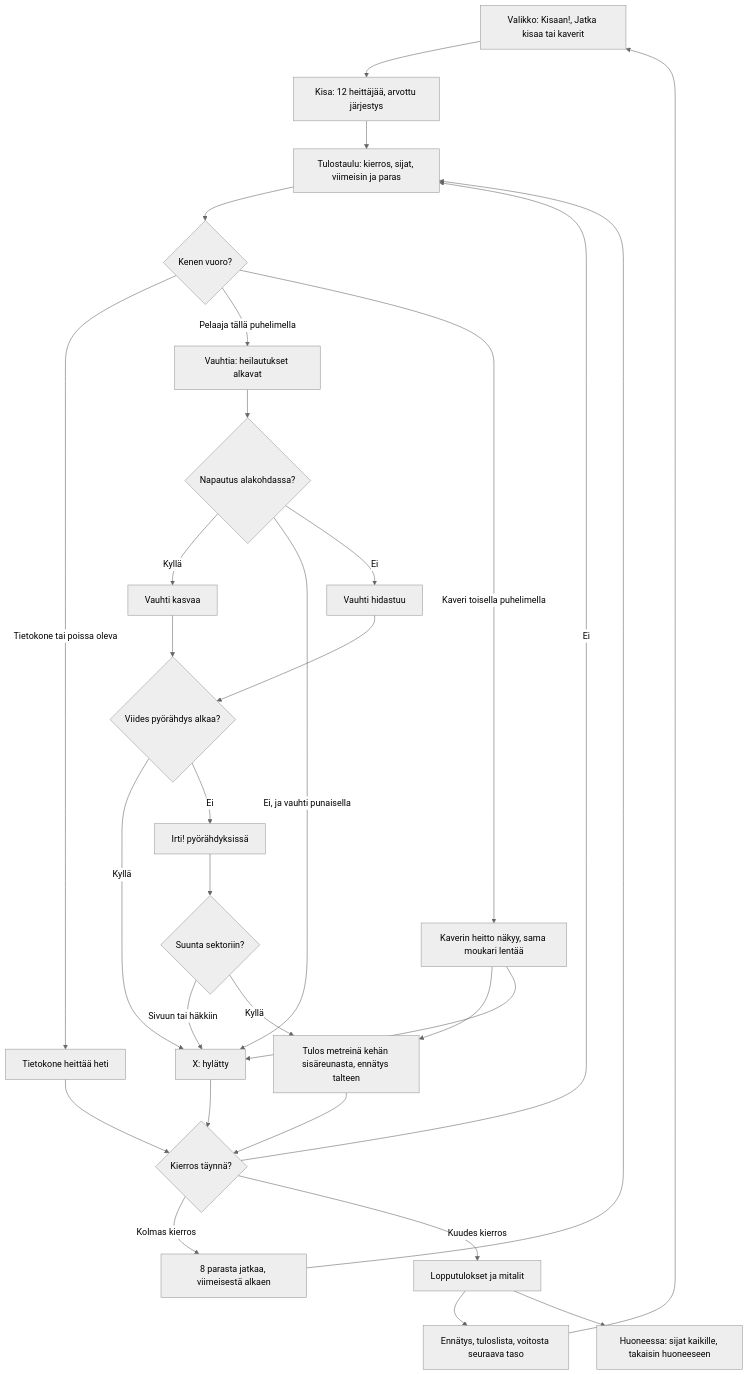
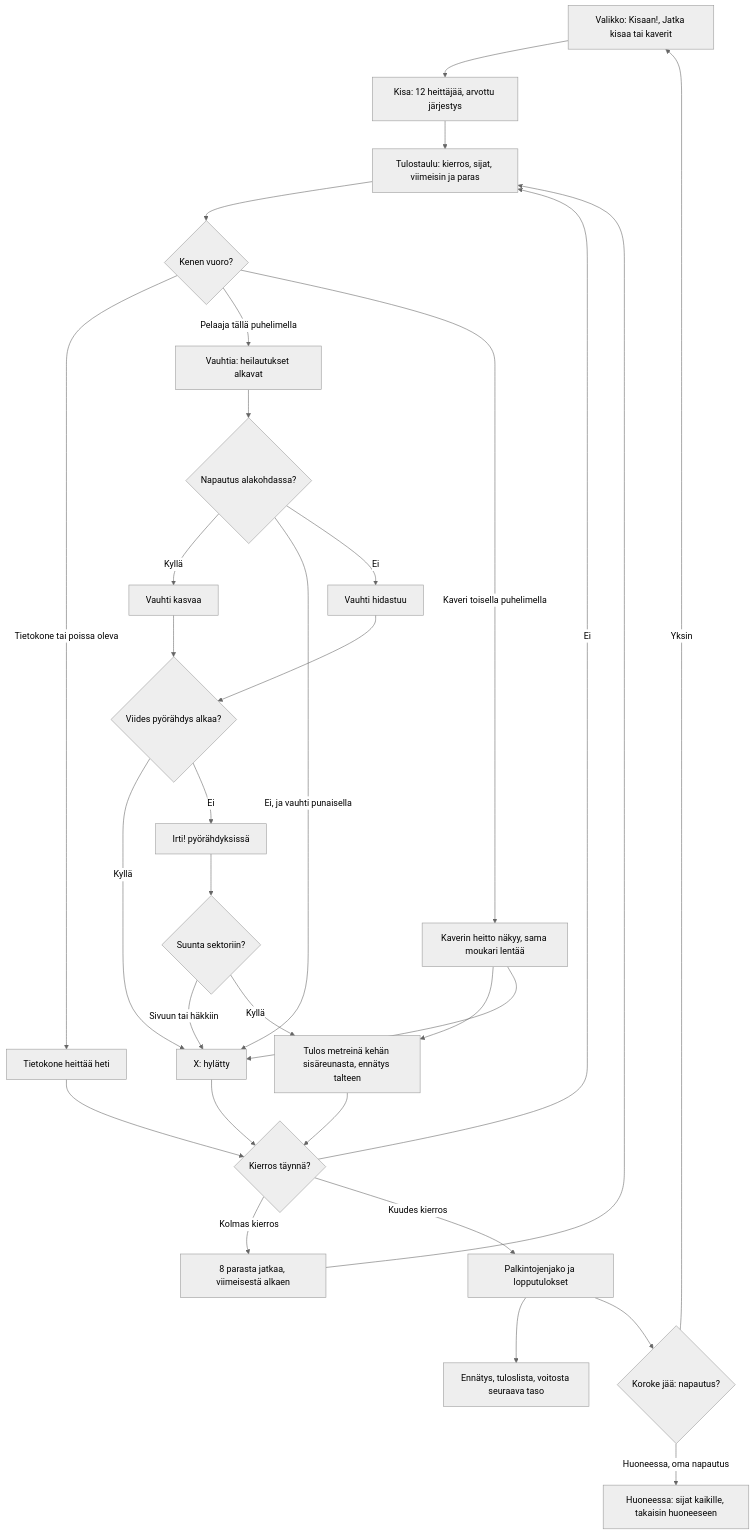
One commit to eerovil/ai-pelit changed the diagram in docs/diagrams/moukarinheitto.md. Above: the diagram before and after it, drawn with Mermaid (neutral theme). The commit also changed other lines of this file and 3 other files, not shown here.

````diff
--- a/docs/diagrams/moukarinheitto.md
+++ b/docs/diagrams/moukarinheitto.md
@@ -12,38 +12,39 @@
 ```mermaid
 flowchart TD
   M[Valikko: Kisaan!, Jatka kisaa tai kaverit] --> K[Kisa: 12 heittäjää, arvottu järjestys]
   K --> T[Tulostaulu: kierros, sijat, viimeisin ja paras]
   T --> Q{Kenen vuoro?}
   Q -- Tietokone tai poissa oleva --> CPU[Tietokone heittää heti]
   CPU --> NX
   Q -- Pelaaja tällä puhelimella --> S[Vauhtia: heilautukset alkavat]
   Q -- Kaveri toisella puhelimella --> WT[Kaverin heitto näkyy, sama moukari lentää]
   S --> LP{Napautus alakohdassa?}
   LP -- Kyllä --> UP[Vauhti kasvaa]
   LP -- Ei, ja vauhti punaisella --> X[X: hylätty]
   LP -- Ei --> DN[Vauhti hidastuu]
   UP --> N5{Viides pyörähdys alkaa?}
   DN --> N5
   N5 -- Kyllä --> X
   N5 -- Ei --> I[Irti! pyörähdyksissä]
   I --> SEC{Suunta sektoriin?}
   SEC -- Sivuun tai häkkiin --> X
   SEC -- Kyllä --> D[Tulos metreinä kehän sisäreunasta, ennätys talteen]
   WT --> D
   WT --> X
   D --> NX{Kierros täynnä?}
   X --> NX
   NX -- Ei --> T
   NX -- Kolmas kierros --> CUT[8 parasta jatkaa, viimeisestä alkaen]
-  NX -- Kuudes kierros --> END[Lopputulokset ja mitalit]
+  NX -- Kuudes kierros --> END[Palkintojenjako ja lopputulokset]
   CUT --> T
   END --> SV[Ennätys, tuloslista, voitosta seuraava taso]
-  SV --> M
-  END --> RM[Huoneessa: sijat kaikille, takaisin huoneeseen]
+  END --> TAP{Koroke jää: napautus?}
+  TAP -- Yksin --> M
+  TAP -- Huoneessa, oma napautus --> RM[Huoneessa: sijat kaikille, takaisin huoneeseen]
   class M,S,I,T,UP,DN blue
   class CPU,WT violet
-  class Q,LP,N5,SEC,NX amber
+  class Q,LP,N5,SEC,NX,TAP amber
   class K,D,CUT teal
   class X rose
   class END,SV,RM green
 ```
````
